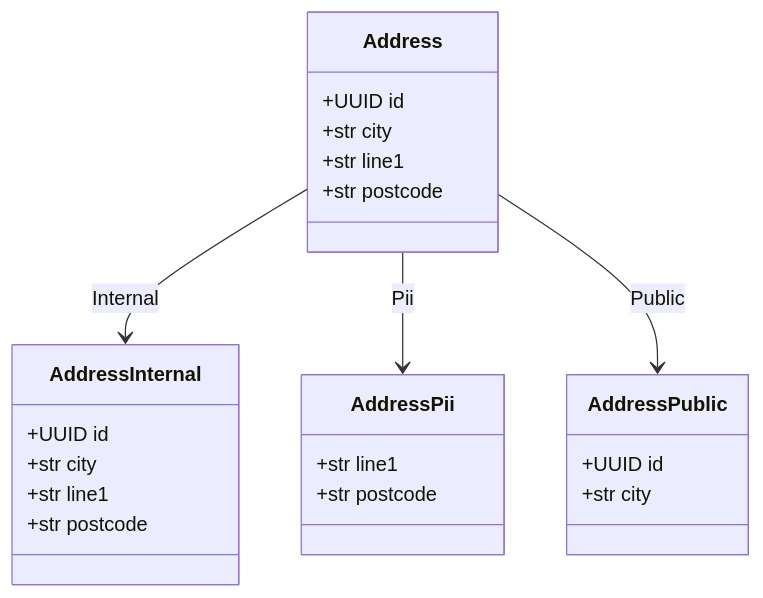
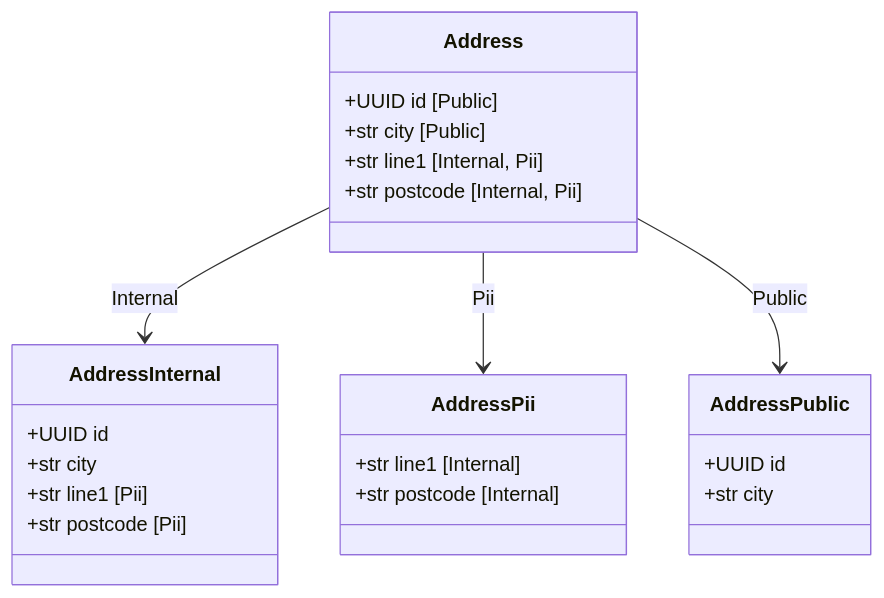
Before and after one commit to release-art/pydantic-prism: the second of 6 diagrams in examples/pii_dataflow/README.md, drawn with Mermaid. The commit also changed other lines of this file and 49 other files, not shown here.

````diff
--- a/examples/pii_dataflow/README.md
+++ b/examples/pii_dataflow/README.md
@@ -24,27 +24,27 @@
 ```mermaid
 classDiagram
     direction TB
     class Address {
-        +UUID id
-        +str city
-        +str line1
-        +str postcode
+        +UUID id [Public]
+        +str city [Public]
+        +str line1 [Internal, Pii]
+        +str postcode [Internal, Pii]
     }
     class AddressInternal {
         +UUID id
         +str city
-        +str line1
-        +str postcode
+        +str line1 [Pii]
+        +str postcode [Pii]
     }
     class AddressPii {
-        +str line1
-        +str postcode
+        +str line1 [Internal]
+        +str postcode [Internal]
     }
     class AddressPublic {
         +UUID id
         +str city
     }
     Address --> AddressInternal : Internal
     Address --> AddressPii : Pii
     Address --> AddressPublic : Public
 ```
````
